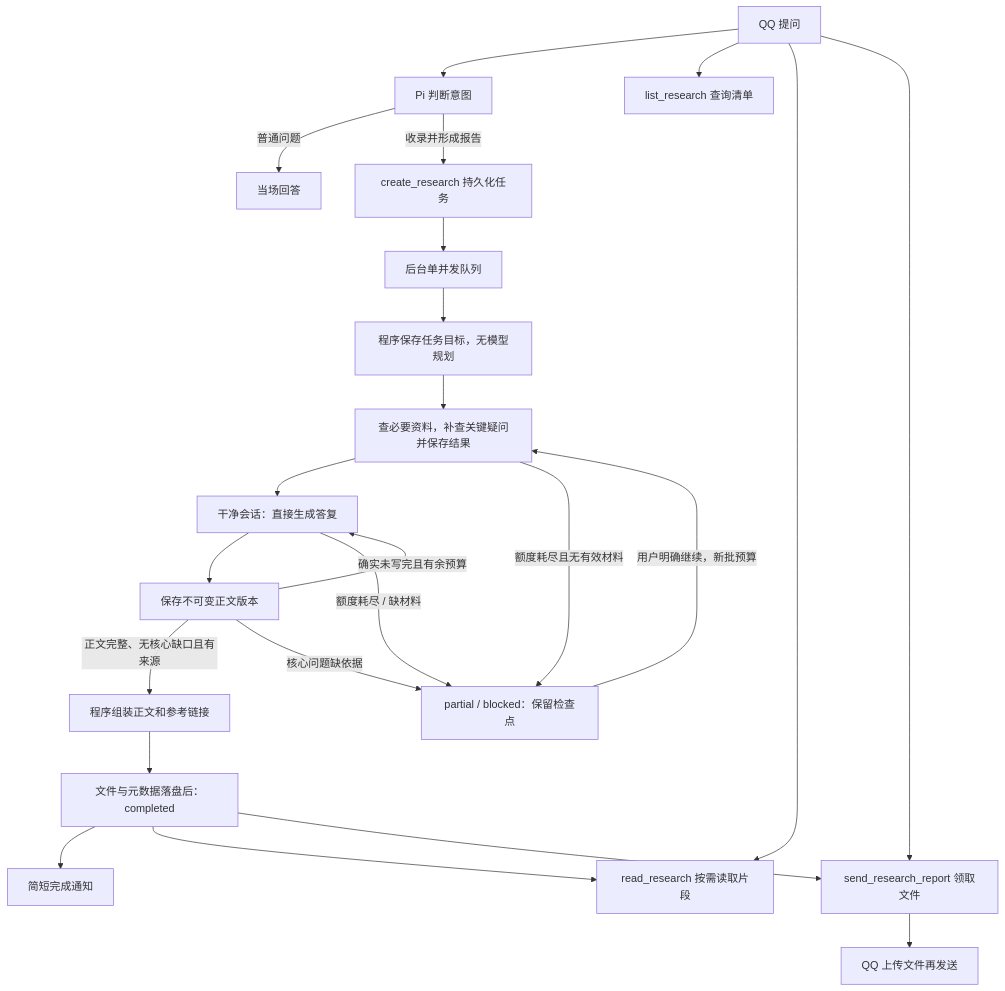
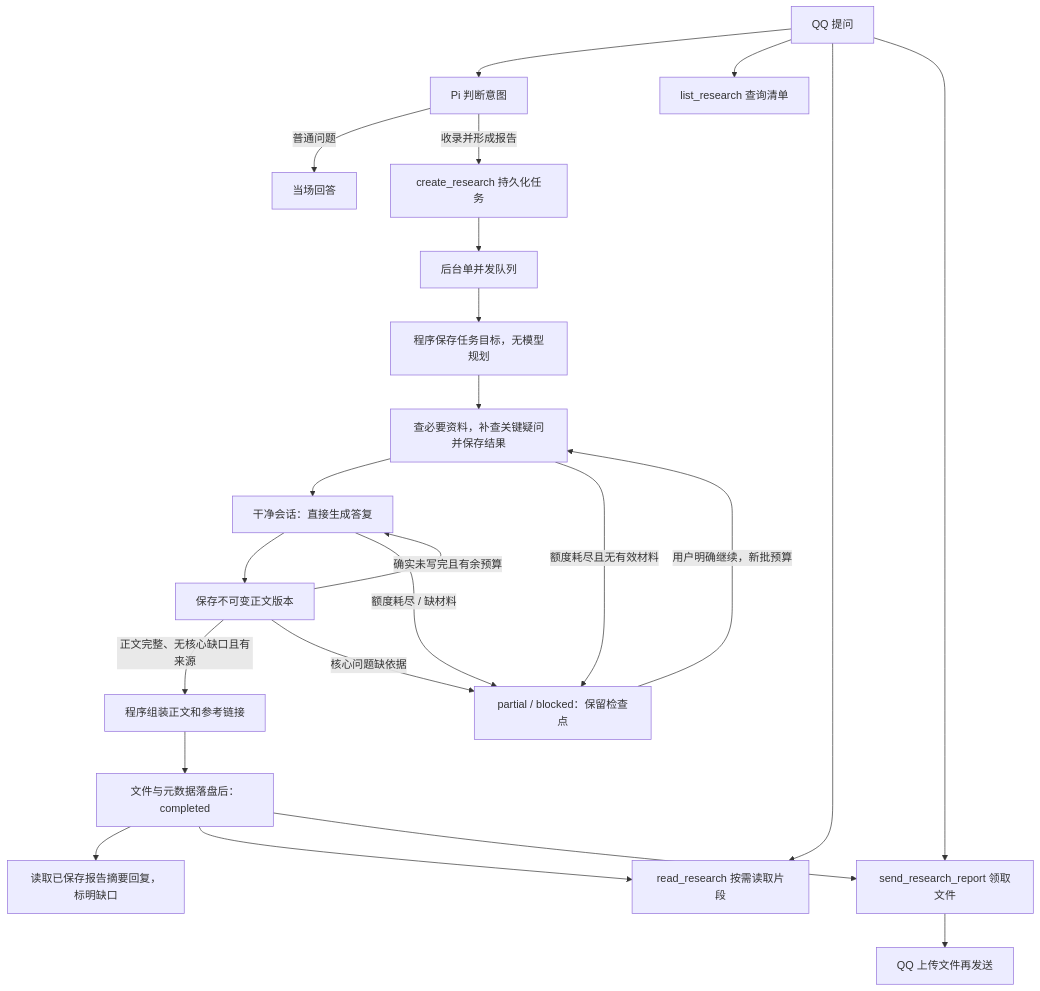
The diagram in docs/research.md (drunk-cat423/pa), drawn with Mermaid before and after one commit. The commit also changed other lines of this file and 12 other files, not shown here.

````diff
--- a/docs/research.md
+++ b/docs/research.md
@@ -22,25 +22,25 @@
 ```mermaid
 flowchart TD
     request["QQ 提问"] --> model["Pi 判断意图"]
     model -->|"普通问题"| answer["当场回答"]
     model -->|"收录并形成报告"| create["create_research 持久化任务"]
     create --> queue["后台单并发队列"]
     queue --> plan["程序保存任务目标，无模型规划"]
     plan --> collect["查必要资料，补查关键疑问并保存结果"]
     collect --> research["干净会话：直接生成答复"]
     research --> checkpoint["保存不可变正文版本"]
     checkpoint -->|"确实未写完且有余预算"| research
     checkpoint -->|"正文完整、无核心缺口且有来源"| assemble["程序组装正文和参考链接"]
     assemble --> report["文件与元数据落盘后：completed"]
     collect -->|"额度耗尽且无有效材料"| blocked["partial / blocked：保留检查点"]
     research -->|"额度耗尽 / 缺材料"| blocked
     checkpoint -->|"核心问题缺依据"| blocked
     blocked -->|"用户明确继续，新批预算"| collect
-    report --> notice["简短完成通知"]
+    report --> notice["读取已保存报告摘要回复，标明缺口"]
     request --> list["list_research 查询清单"]
     request --> read["read_research 按需读取片段"]
     request --> send["send_research_report 领取文件"]
     report --> read
     report --> send
     send --> qq["QQ 上传文件再发送"]
 ```
````
